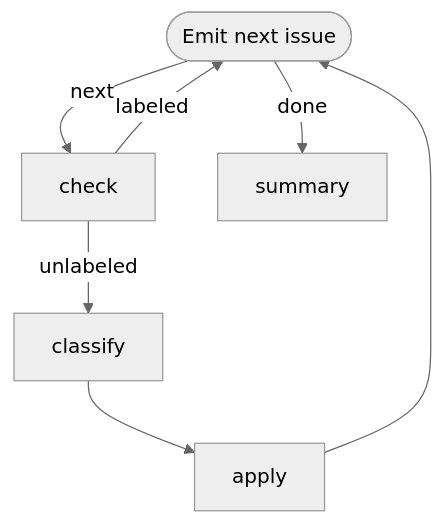
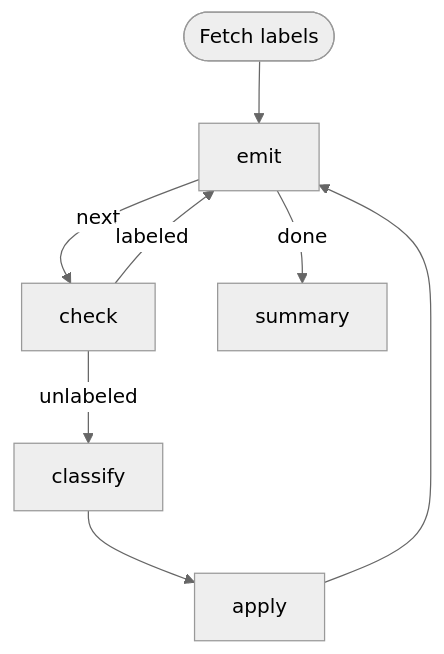
One commit to bebsworthy/markdown-flow changed the diagram in docs/examples/loop.md. Above: the diagram before and after it, drawn with Mermaid (neutral theme). The commit also changed other lines of this file and 10 other files, not shown here.

````diff
--- a/docs/examples/loop.md
+++ b/docs/examples/loop.md
@@ -11,9 +13,10 @@
 ```mermaid
 flowchart TD
-  emit([Emit next issue]) -->|next| check
+  labels([Fetch labels]) --> emit
+  emit -->|next| check
   emit -->|done| summary
   check -->|labeled| emit
   check -->|unlabeled| classify
   classify --> apply
   apply --> emit
 ```
````
